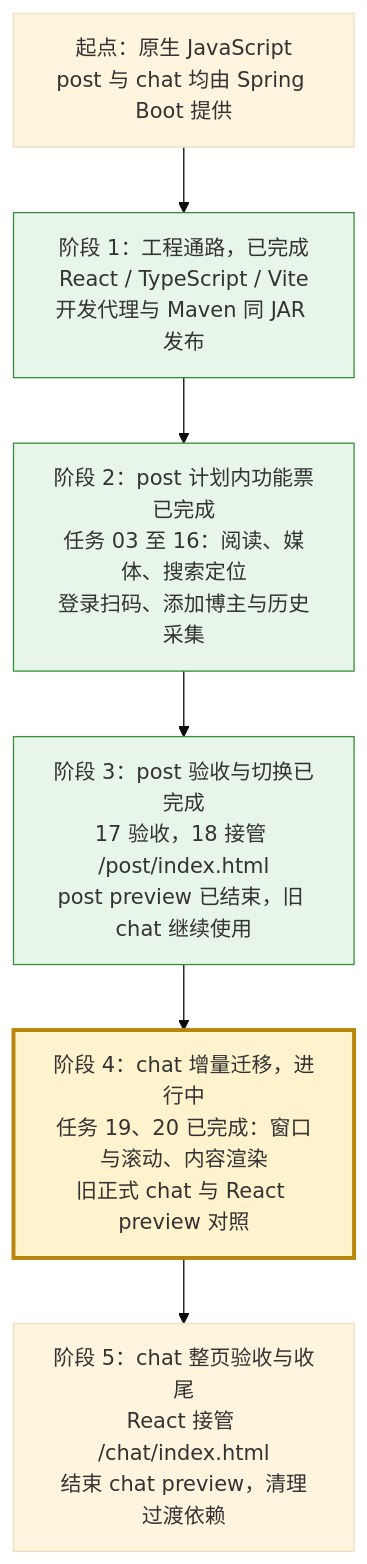
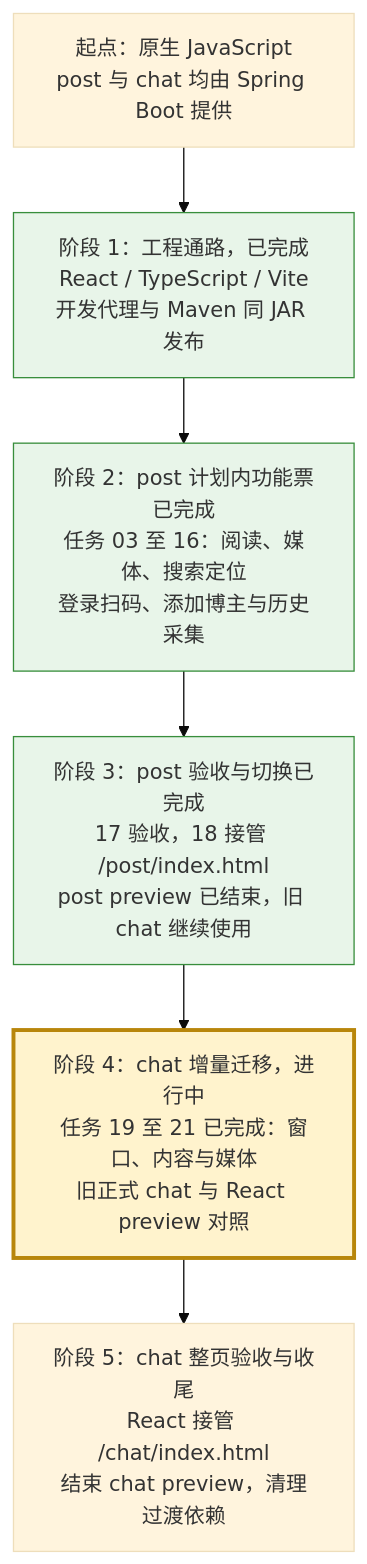
Before and after one commit to findxyz/vb-weibo-plus: the diagram in .scratch/react-migration/PLAN.md, drawn with Mermaid (base theme). The commit also changed other lines of this file and 6 other files, not shown here.

````diff
--- a/.scratch/react-migration/PLAN.md
+++ b/.scratch/react-migration/PLAN.md
@@ -17,14 +17,14 @@
 ```mermaid
 flowchart TD
     A["起点：原生 JavaScript<br/>post 与 chat 均由 Spring Boot 提供"]
     B["阶段 1：工程通路，已完成<br/>React / TypeScript / Vite<br/>开发代理与 Maven 同 JAR 发布"]
     C["阶段 2：post 计划内功能票已完成<br/>任务 03 至 16：阅读、媒体、搜索定位<br/>登录扫码、添加博主与历史采集"]
     D["阶段 3：post 验收与切换已完成<br/>17 验收，18 接管 /post/index.html<br/>post preview 已结束，旧 chat 继续使用"]
-    E["阶段 4：chat 增量迁移，进行中<br/>任务 19、20 已完成：窗口与滚动、内容渲染<br/>旧正式 chat 与 React preview 对照"]
+    E["阶段 4：chat 增量迁移，进行中<br/>任务 19 至 21 已完成：窗口、内容与媒体<br/>旧正式 chat 与 React preview 对照"]
     F["阶段 5：chat 整页验收与收尾<br/>React 接管 /chat/index.html<br/>结束 chat preview，清理过渡依赖"]
     A --> B --> C --> D --> E --> F
     classDef complete fill:#e8f5e9,stroke:#388e3c
     classDef current fill:#fff3cd,stroke:#b8860b,stroke-width:3px
     class B,C,D complete
     class E current
 ```
````
